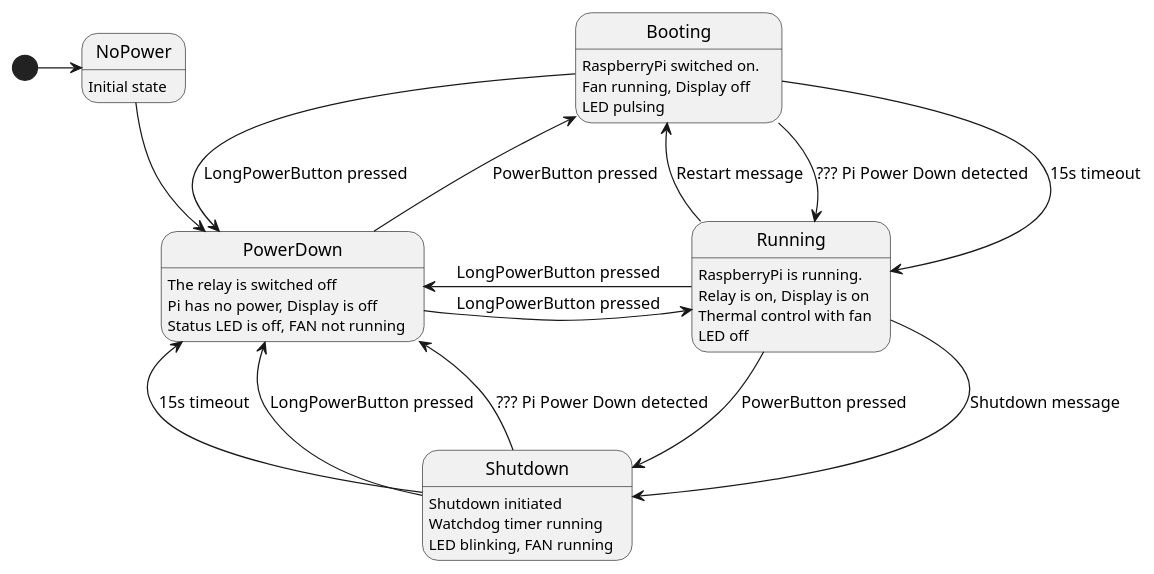
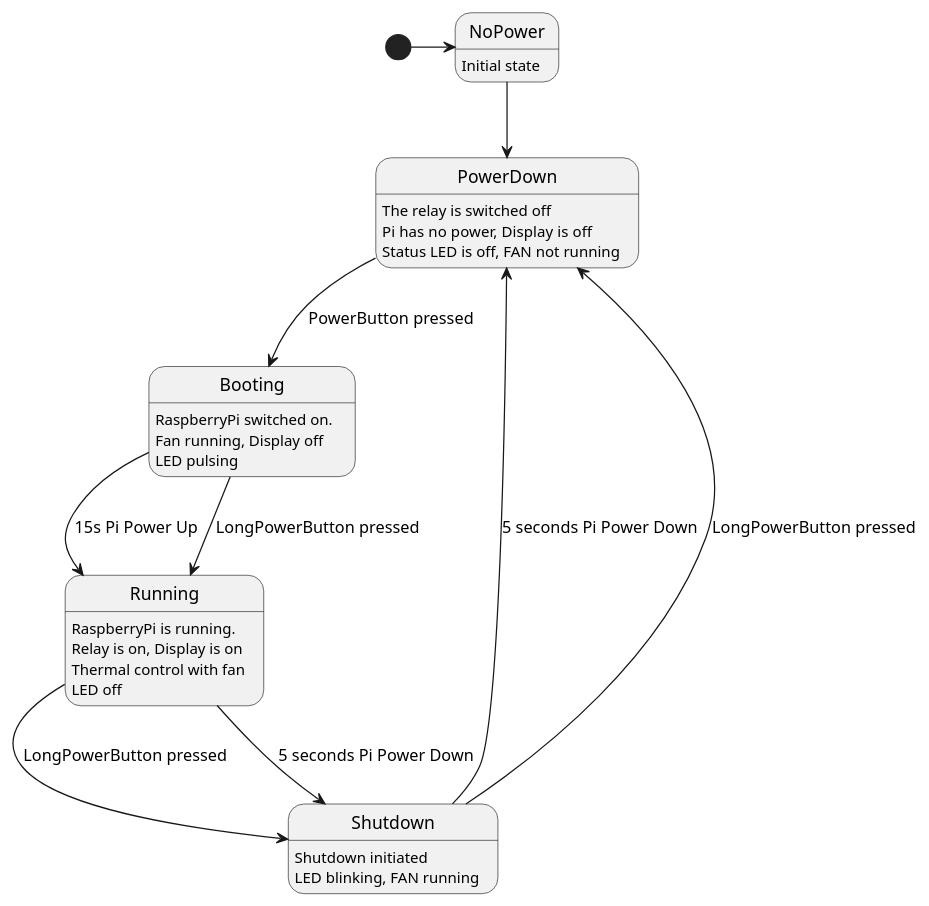
Before and after one commit to coconut147/piMac: the diagram in piMac_Systemcontroller/statemachines.md, drawn with PlantUML. The commit also changed 6 other files, not shown here.

`````diff
--- a/piMac_Systemcontroller/statemachines.md
+++ b/piMac_Systemcontroller/statemachines.md
@@ -4,32 +4,27 @@
 ```plantuml
 @startuml
 
 state NoPower : Initial state
 state PowerDown : The relay is switched off \nPi has no power, Display is off \nStatus LED is off, FAN not running
 state Running : RaspberryPi is running.\nRelay is on, Display is on\nThermal control with fan\nLED off
-state Shutdown : Shutdown initiated\nWatchdog timer running\nLED blinking, FAN running
+state Shutdown : Shutdown initiated\nLED blinking, FAN running
 state Booting : RaspberryPi switched on. \nFan running, Display off\nLED pulsing
 
 [*] -> NoPower
 
 NoPower --> PowerDown
+
 PowerDown --> Booting : PowerButton pressed
-Booting --> Running : ??? Pi Power Down detected 
-Booting --> Running : 15s timeout
-Running --> Shutdown : PowerButton pressed
-Shutdown --> PowerDown : ??? Pi Power Down detected
-Shutdown --> PowerDown : 15s timeout
 
-'I2C messages
-Running -left-> Booting : Restart message
-Running -> Shutdown : Shutdown message
+Booting --> Running : 15s Pi Power Up 
+Booting --> Running : LongPowerButton pressed 
 
-'Long press of the PowerButton
-Running -> PowerDown : LongPowerButton pressed
-Booting -> PowerDown : LongPowerButton pressed
-Shutdown -> PowerDown : LongPowerButton pressed
-PowerDown -> Running : LongPowerButton pressed
+Running --> Shutdown : LongPowerButton pressed
+Running --> Shutdown : 5 seconds Pi Power Down
+
+Shutdown --> PowerDown : 5 seconds Pi Power Down
+Shutdown --> PowerDown : LongPowerButton pressed
 
 @enduml
 
 ````
`````
